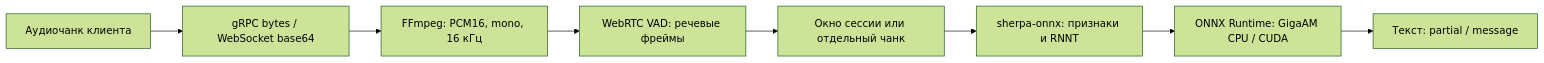
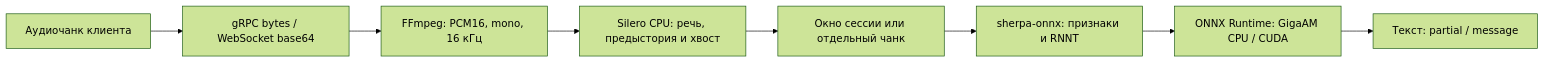
One commit to Pheodaron/stt changed the diagram in README.md. Above: the diagram before and after it, drawn with Mermaid (forest theme). The commit also changed other lines of this file and 24 other files, not shown here.

Commit message:
Replace WebRTC with stateful Silero VAD and preserve phrase boundaries

````diff
--- a/README.md
+++ b/README.md
@@ -324,10 +368,10 @@
 ```mermaid
 flowchart LR
     A["Аудиочанк клиента"] --> B["gRPC bytes / WebSocket base64"]
     B --> C["FFmpeg: PCM16, mono, 16 кГц"]
-    C --> D["WebRTC VAD: речевые фреймы"]
+    C --> D["Silero CPU: речь, предыстория и хвост"]
     D --> E["Окно сессии или отдельный чанк"]
     E --> F["sherpa-onnx: признаки и RNNT"]
     F --> G["ONNX Runtime: GigaAM CPU / CUDA"]
     G --> H["Текст: partial / message"]
 ```
````
